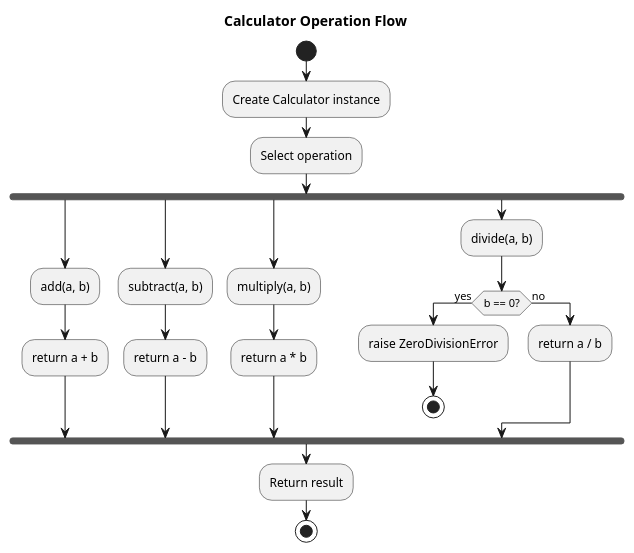
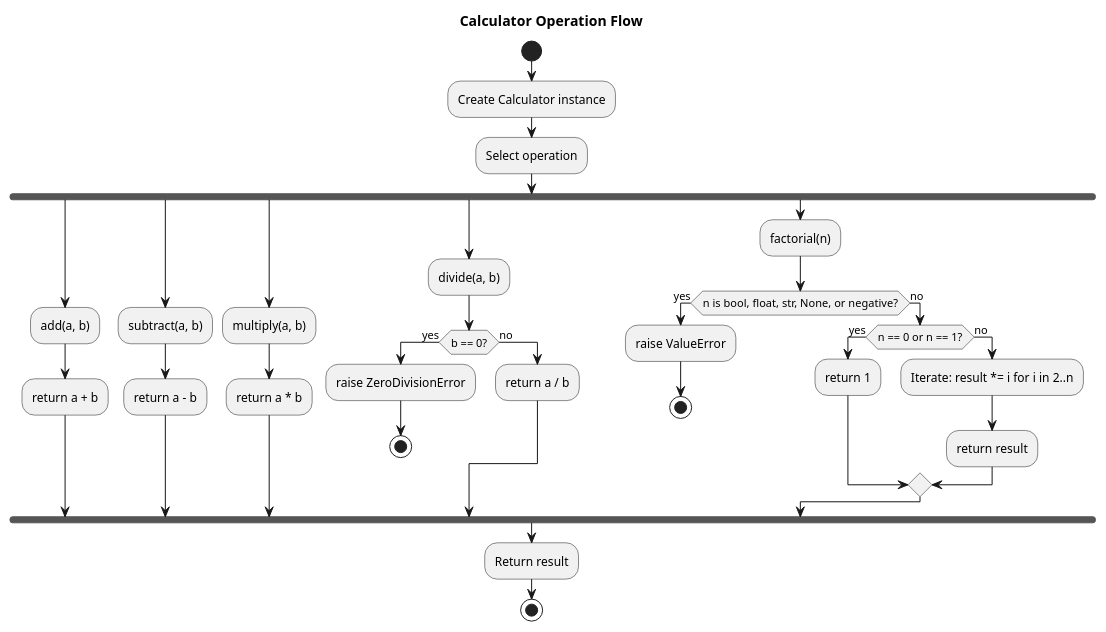
One commit to DanielRiha8906/Calculator_bachelor_autoevolution_team changed the diagram in artifacts/activity_diagram.puml. Above: the diagram before and after it, drawn with PlantUML. The commit also changed 3 other files, not shown here.

Commit message:
update diagrams: add factorial operation (issue #379)

```diff
--- a/artifacts/activity_diagram.puml
+++ b/artifacts/activity_diagram.puml
@@ -1,33 +1,46 @@
 @startuml
 title Calculator Operation Flow
 
 start
 
 :Create Calculator instance;
 
 :Select operation;
 
 fork
   :add(a, b);
   :return a + b;
 fork again
   :subtract(a, b);
   :return a - b;
 fork again
   :multiply(a, b);
   :return a * b;
 fork again
   :divide(a, b);
   if (b == 0?) then (yes)
     :raise ZeroDivisionError;
     stop
   else (no)
     :return a / b;
   endif
+fork again
+  :factorial(n);
+  if (n is bool, float, str, None, or negative?) then (yes)
+    :raise ValueError;
+    stop
+  else (no)
+    if (n == 0 or n == 1?) then (yes)
+      :return 1;
+    else (no)
+      :Iterate: result *= i for i in 2..n;
+      :return result;
+    endif
+  endif
 end fork
 
 :Return result;
 
 stop
 
 @enduml
```
